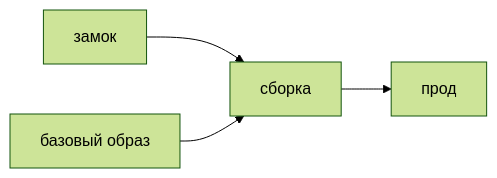
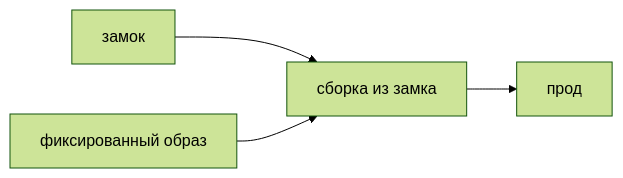
The diagram in nine-to-eighteen/ui/src/data/learn/security/sec09-supply-chain.md (AlexanderNY/cursor_test), drawn with Mermaid (forest theme) before and after one commit. The commit also changed other lines of this file and 40 other files, not shown here.

````diff
--- a/nine-to-eighteen/ui/src/data/learn/security/sec09-supply-chain.md
+++ b/nine-to-eighteen/ui/src/data/learn/security/sec09-supply-chain.md
@@ -52,6 +104,6 @@
 ```mermaid
 flowchart LR
-  Lock[замок] --> CI[сборка]
-  Image[базовый образ] --> CI
+  Lock[замок] --> CI[сборка из замка]
+  Image[фиксированный образ] --> CI
   CI --> Prod[прод]
 ```
````
